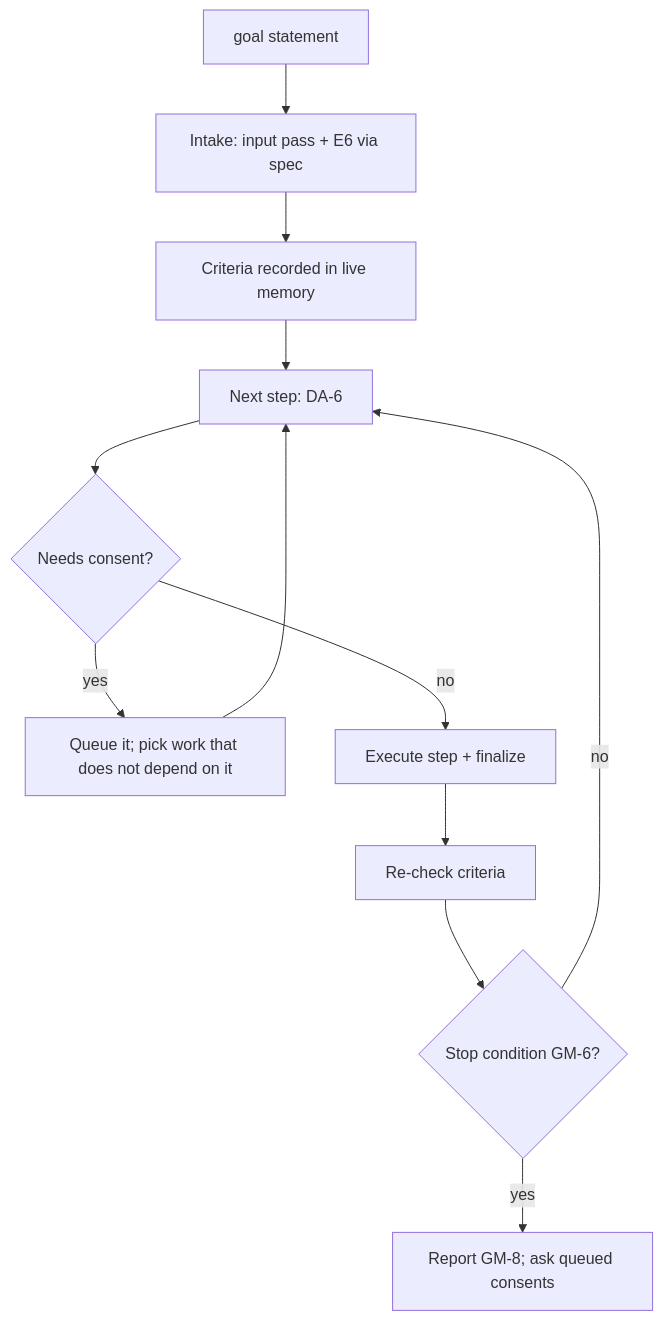
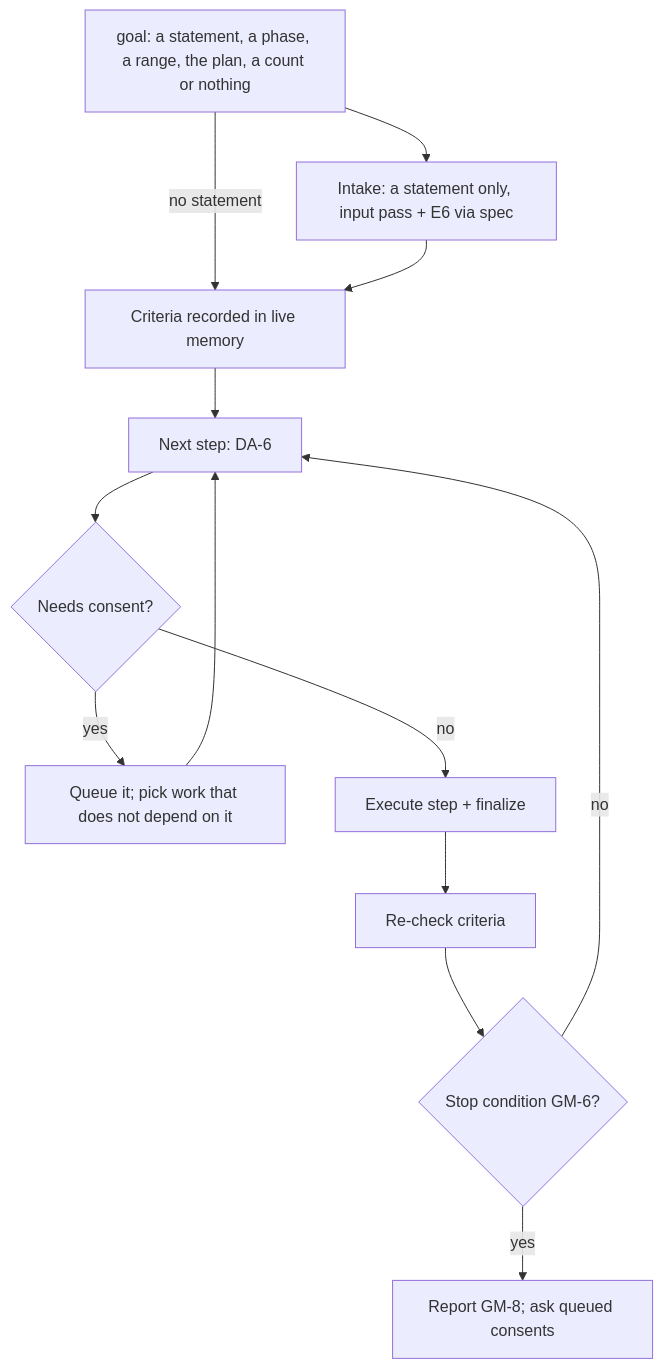
One commit to teratron/magic-spec changed the diagram in .magicspec/engine/specifications/l1-goal-mode.md. Above: the diagram before and after it, drawn with Mermaid. The commit also changed other lines of this file and 32 other files, not shown here.

````diff
--- a/.magicspec/engine/specifications/l1-goal-mode.md
+++ b/.magicspec/engine/specifications/l1-goal-mode.md
@@ -68,14 +81,15 @@
 ```mermaid
 graph TD
-    A[goal statement] --> B[Intake: input pass + E6 via spec]
-    B --> C[Criteria recorded in live memory]
+    A[goal: a statement, a phase, a range, the plan, a count or nothing] --> B[Intake: a statement only, input pass + E6 via spec]
+    A -->|no statement| C[Criteria recorded in live memory]
+    B --> C
     C --> D[Next step: DA-6]
     D --> E{Needs consent?}
     E -->|yes| F[Queue it; pick work that does not depend on it]
     E -->|no| G[Execute step + finalize]
     F --> D
     G --> H[Re-check criteria]
     H --> I{Stop condition GM-6?}
     I -->|no| D
     I -->|yes| J[Report GM-8; ask queued consents]
 ```
````
